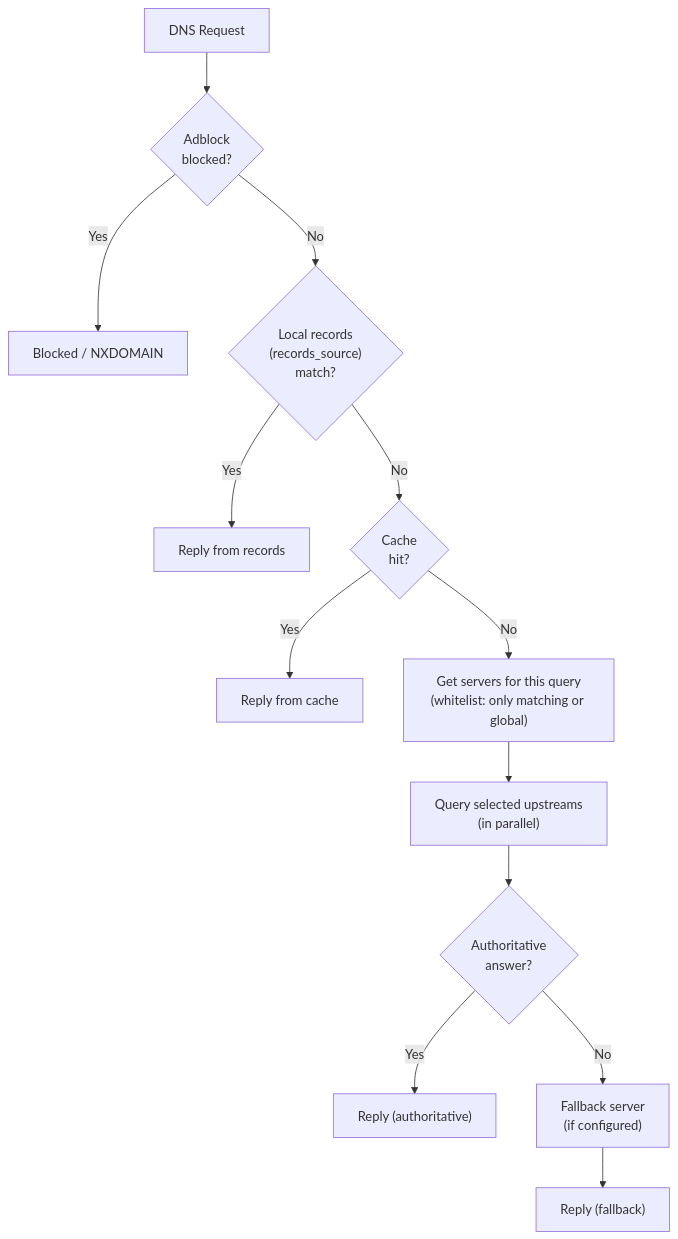
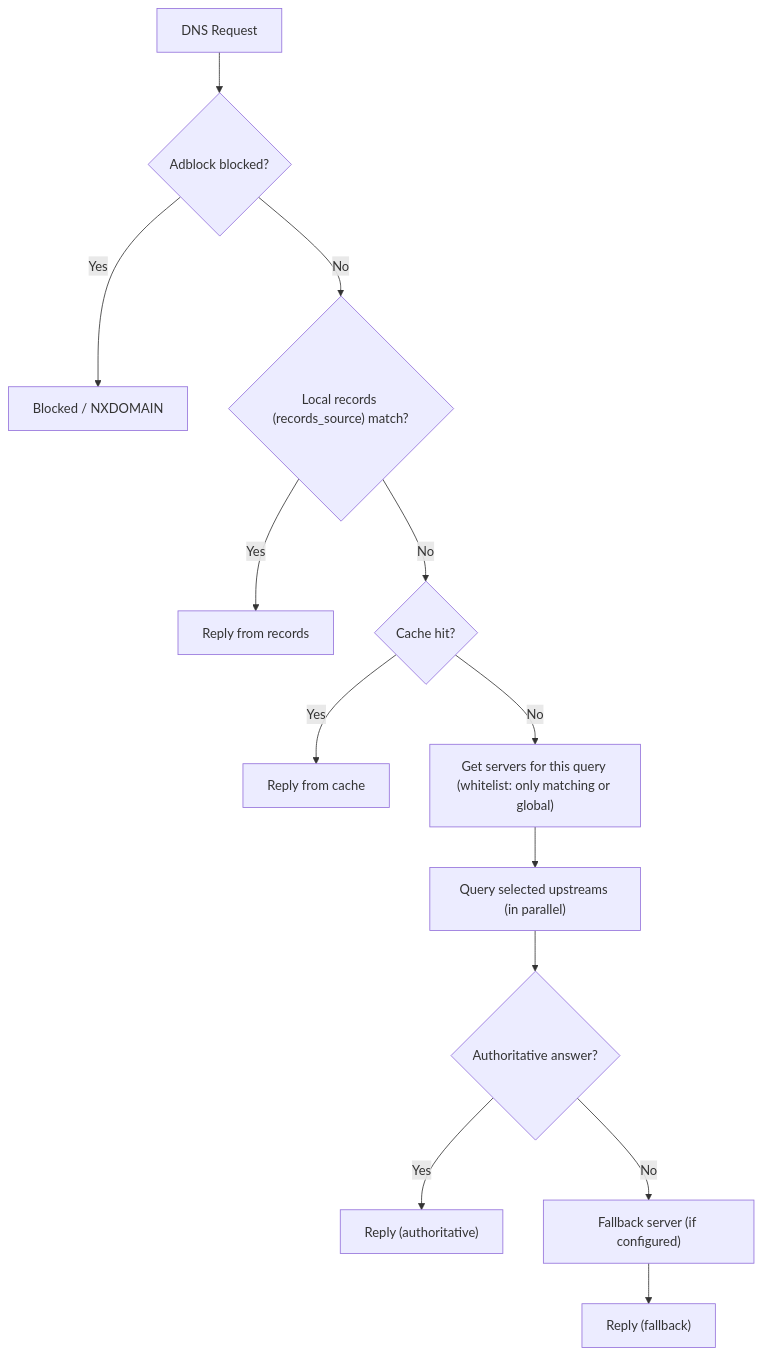
The diagram in README.md (network-plane/dnsplane), drawn with Mermaid before and after one commit.

Commit message:
new lines dont show, removeing them

````diff
--- a/README.md
+++ b/README.md
@@ -18,16 +18,16 @@
 ```mermaid
 flowchart TD
     REQ["DNS Request"]
-    REQ --> ADBLOCK{"Adblock\nblocked?"}
+    REQ --> ADBLOCK{"Adblock blocked?"}
     ADBLOCK -->|Yes| BLOCK["Blocked / NXDOMAIN"]
-    ADBLOCK -->|No| RECORDS{"Local records\n(records_source)\nmatch?"}
+    ADBLOCK -->|No| RECORDS{"Local records (records_source) match?"}
     RECORDS -->|Yes| REPLY_R["Reply from records"]
-    RECORDS -->|No| CACHE{"Cache\nhit?"}
+    RECORDS -->|No| CACHE{"Cache hit?"}
     CACHE -->|Yes| REPLY_C["Reply from cache"]
-    CACHE -->|No| SELECT["Get servers for this query\n(whitelist: only matching or global)"]
-    SELECT --> UPSTREAM["Query selected upstreams\n(in parallel)"]
-    UPSTREAM --> AUTH{"Authoritative\nanswer?"}
+    CACHE -->|No| SELECT["Get servers for this query (whitelist: only matching or global)"]
+    SELECT --> UPSTREAM["Query selected upstreams (in parallel)"]
+    UPSTREAM --> AUTH{"Authoritative answer?"}
     AUTH -->|Yes| REPLY_A["Reply (authoritative)"]
-    AUTH -->|No| FALLBACK["Fallback server\n(if configured)"]
+    AUTH -->|No| FALLBACK["Fallback server (if configured)"]
     FALLBACK --> REPLY_F["Reply (fallback)"]
 ```
````
